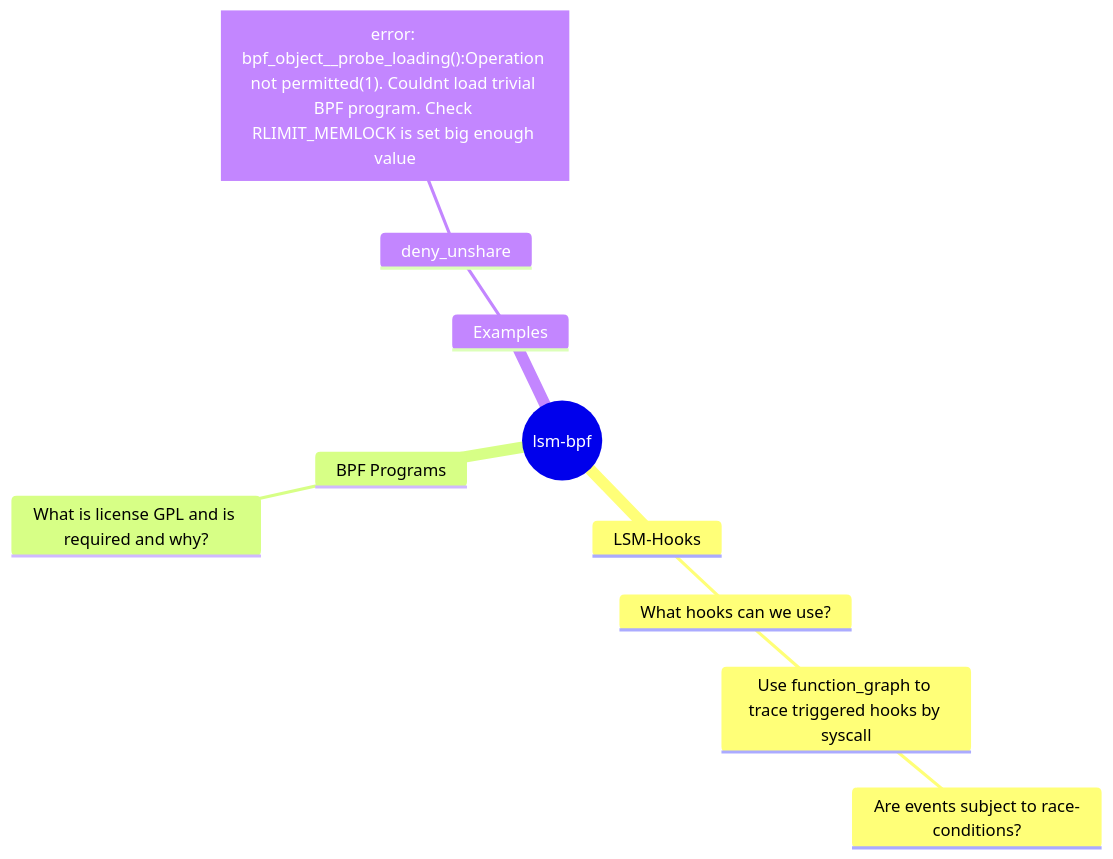
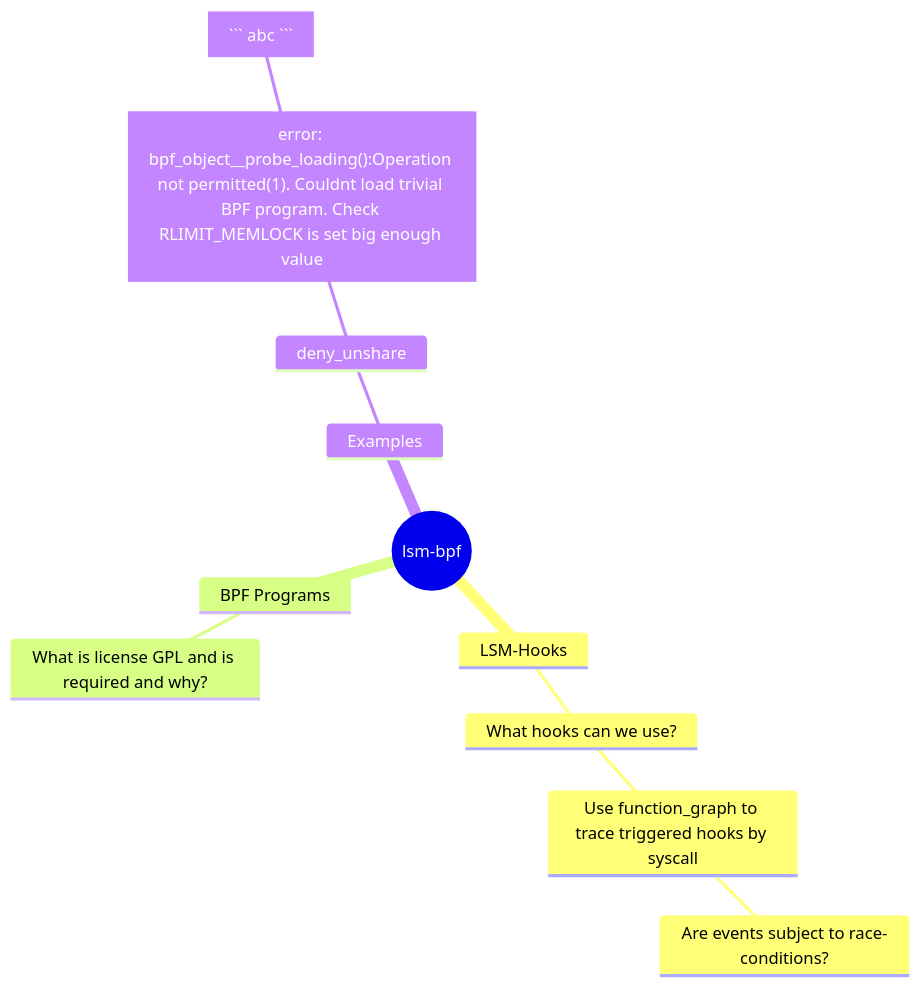
One commit to Turbodunker/lsm-bpf changed the diagram in Questions:.md. Above: the diagram before and after it, drawn with Mermaid.

Commit message:
Updated Questions: (markdown)

````diff
--- a/Questions:.md
+++ b/Questions:.md
@@ -6,14 +6,15 @@
 ``` mermaid
     mindmap
         root((lsm-bpf))
             LSM-Hooks
                 What hooks can we use?
                     Use function_graph to trace triggered hooks by syscall
                         Are events subject to race-conditions?
             BPF Programs
                 What is license GPL and is required and why?
             Examples
                 deny_unshare
                     id1["error: bpf_object__probe_loading():Operation not permitted(1). Couldnt load trivial BPF program. Check RLIMIT_MEMLOCK is set big enough value"]
+                        id2[``` abc ```]
 
 ```
````
